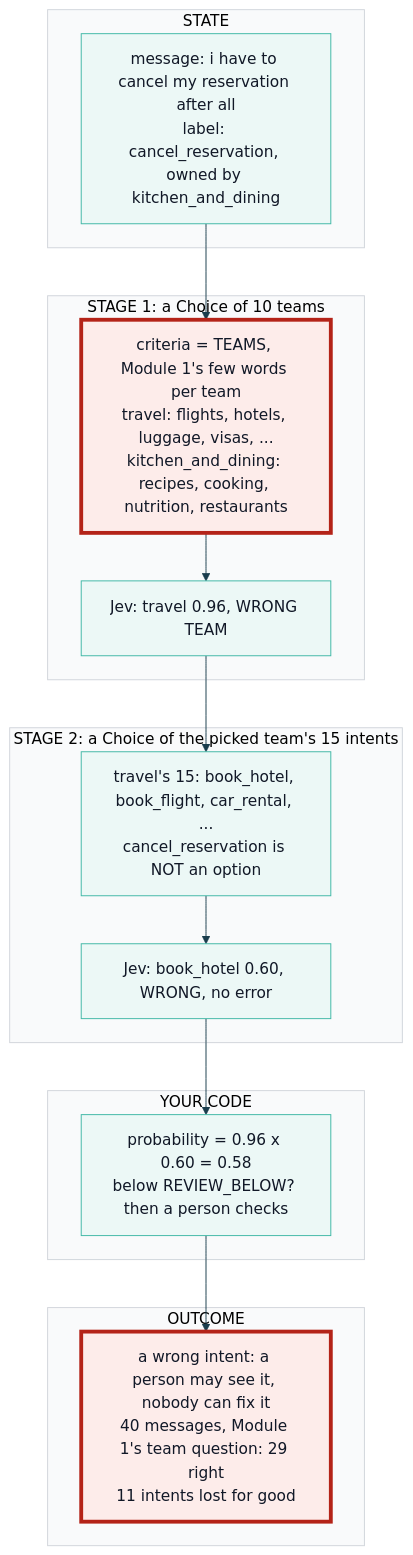
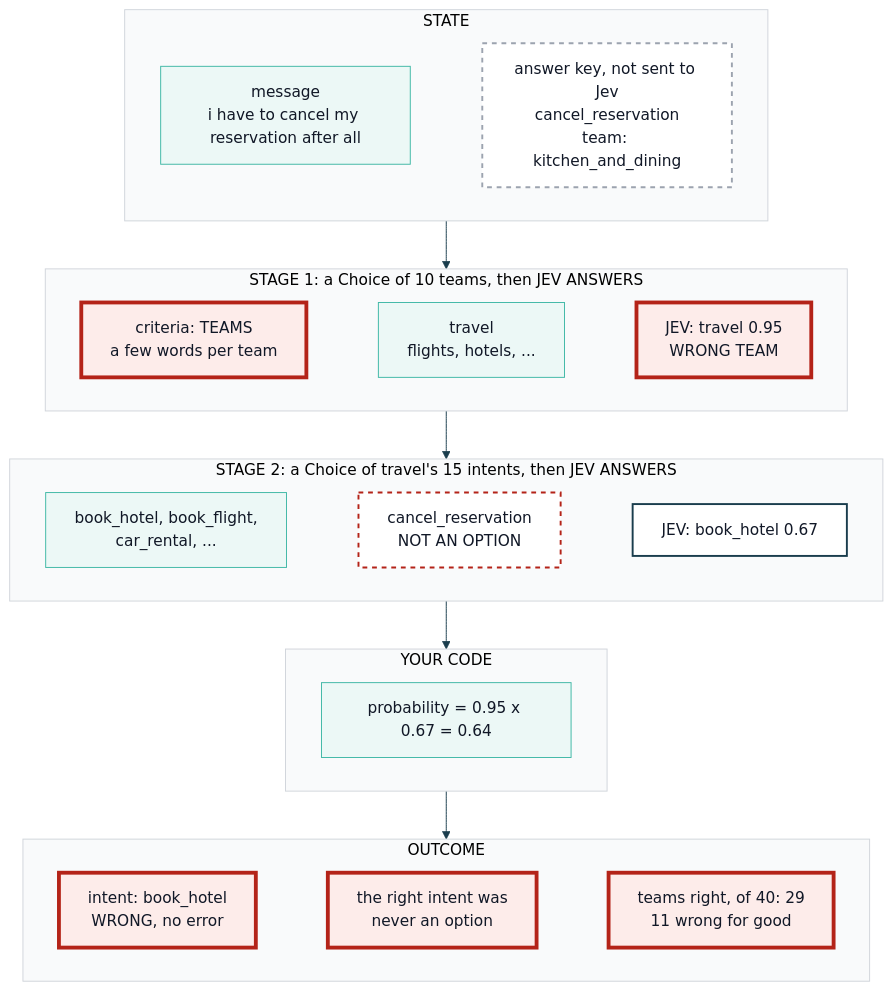
Before and after one commit to axel-sirota/getting_started_jev: the diagram in course/diagrams/module_02/p3-problem-stage-one.mmd, drawn with Mermaid. The commit also changed 75 other files, not shown here.

Commit message:
Modules 1 and 2: visual pass (figures redrawn to read-at-a-glance limits, demo charts, lab maps, prose cut)

```diff
--- a/course/diagrams/module_02/p3-problem-stage-one.mmd
+++ b/course/diagrams/module_02/p3-problem-stage-one.mmd
@@ -1,26 +1,44 @@
 %%{init: {"theme": "base", "themeVariables": {"fontFamily": "Inter, sans-serif", "primaryColor": "#ECF8F6", "primaryBorderColor": "#40B8A6", "primaryTextColor": "#111827", "lineColor": "#1A3D4D", "secondaryColor": "#F9FAFB", "tertiaryColor": "#FFFFFF", "clusterBkg": "#F9FAFB", "clusterBorder": "#D1D5DB", "actorBkg": "#ECF8F6", "actorBorder": "#40B8A6", "noteBkgColor": "#FFF6DA", "noteBorderColor": "#E0B84C"}}}%%
-flowchart TD
+flowchart TB
   subgraph STATE["STATE"]
-    S["message: i have to cancel my reservation after all<br/>label: cancel_reservation, owned by kitchen_and_dining"]
+    direction LR
+    S1["message<br/>i have to cancel my reservation after all"]
+    S2["answer key, not sent to Jev<br/>cancel_reservation<br/>team: kitchen_and_dining"]
+    S1 ~~~ S2
   end
-  subgraph STAGE1["STAGE 1: a Choice of 10 teams"]
-    T["criteria = TEAMS, Module 1's few words per team<br/>travel: flights, hotels, luggage, visas, ...<br/>kitchen_and_dining: recipes, cooking, nutrition, restaurants"]
-    TA["Jev: travel 0.96, WRONG TEAM"]
+  subgraph STAGE1["STAGE 1: a Choice of 10 teams, then JEV ANSWERS"]
+    direction LR
+    T1["criteria: TEAMS<br/>a few words per team"]
+    T2["travel<br/>flights, hotels, ..."]
+    T3["JEV: travel 0.95<br/>WRONG TEAM"]
+    T1 ~~~ T2 ~~~ T3
   end
-  subgraph STAGE2["STAGE 2: a Choice of the picked team's 15 intents"]
-    I["travel's 15: book_hotel, book_flight, car_rental, ...<br/>cancel_reservation is NOT an option"]
-    IA["Jev: book_hotel 0.60, WRONG, no error"]
+  subgraph STAGE2["STAGE 2: a Choice of travel's 15 intents, then JEV ANSWERS"]
+    direction LR
+    I1["book_hotel, book_flight,<br/>car_rental, ..."]
+    I2["cancel_reservation<br/>NOT AN OPTION"]
+    I3["JEV: book_hotel 0.67"]
+    I1 ~~~ I2 ~~~ I3
   end
   subgraph CODE["YOUR CODE"]
-    P["probability = 0.96 x 0.60 = 0.58<br/>below REVIEW_BELOW? then a person checks"]
+    direction LR
+    P["probability = 0.95 x 0.67 = 0.64"]
   end
   subgraph OUTCOME["OUTCOME"]
-    O["a wrong intent: a person may see it, nobody can fix it<br/>40 messages, Module 1's team question: 29 right<br/>11 intents lost for good"]
+    direction LR
+    O1["intent: book_hotel<br/>WRONG, no error"]
+    O2["the right intent was<br/>never an option"]
+    O3["teams right, of 40: 29<br/>11 wrong for good"]
+    O1 ~~~ O2 ~~~ O3
   end
-  S --> T --> TA --> I --> IA --> P --> O
+  STATE --> STAGE1 --> STAGE2 --> CODE --> OUTCOME
 
   classDef fail fill:#FDECEA,stroke:#B42318,stroke-width:4px
-  classDef changed fill:#D5F2EC,stroke:#1A3D4D,stroke-width:4px
-  classDef ok fill:#ECF8F6,stroke:#1A3D4D,stroke-width:3px
-  class T fail
-  class O fail
+  classDef dropped fill:#FFFFFF,stroke:#B42318,stroke-width:2px,stroke-dasharray:5 5
+  classDef score fill:#FFFFFF,stroke:#1A3D4D,stroke-width:2px
+  class T1,T3 fail
+  class I2 dropped
+  class I3 score
+  class O1,O2,O3 fail
+  classDef key fill:#FFFFFF,stroke:#9CA3AF,stroke-width:2px,stroke-dasharray:5 5
+  class S2 key
```
